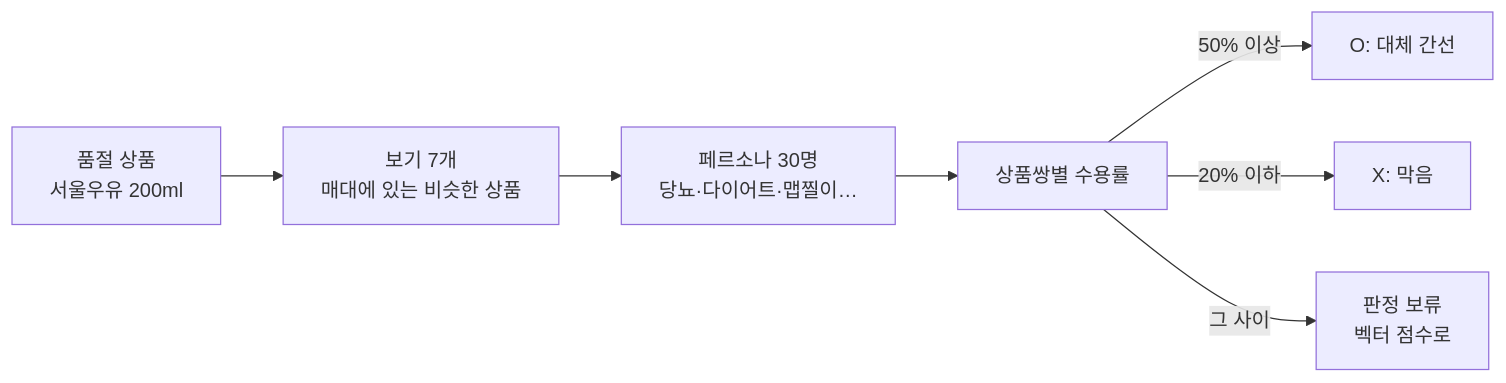
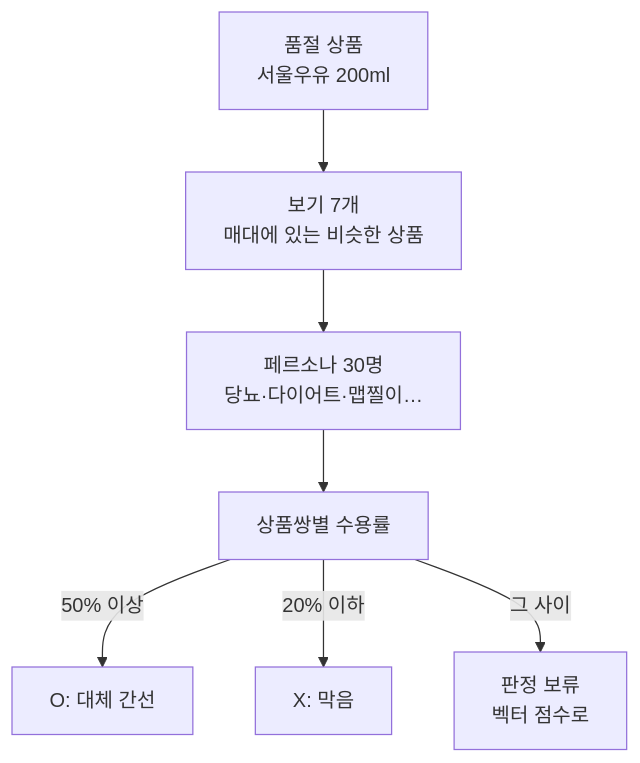
Before and after one commit to aeeengsungwoo/cvs-taxonomy: the third of 6 diagrams in README.md, drawn with Mermaid. The commit also changed other lines of this file, not shown here.

Commit message:
README 다이어그램 2개를 위에서 아래 방향으로

````diff
--- a/README.md
+++ b/README.md
@@ -51,9 +51,9 @@
 ```mermaid
-flowchart LR
+flowchart TB
   A["품절 상품<br/>서울우유 200ml"] --> B["보기 7개<br/>매대에 있는 비슷한 상품"]
   B --> C["페르소나 30명<br/>당뇨·다이어트·맵찔이…"]
   C --> D["상품쌍별 수용률"]
   D -->|"50% 이상"| E["O: 대체 간선"]
   D -->|"20% 이하"| F["X: 막음"]
   D -->|"그 사이"| G["판정 보류<br/>벡터 점수로"]
 ```
````
